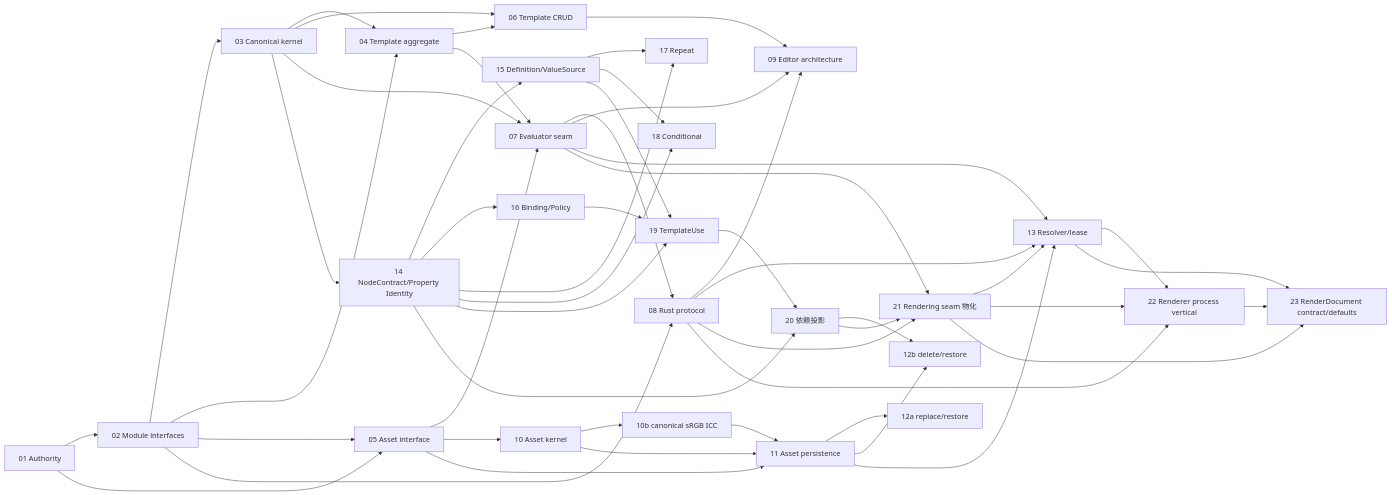
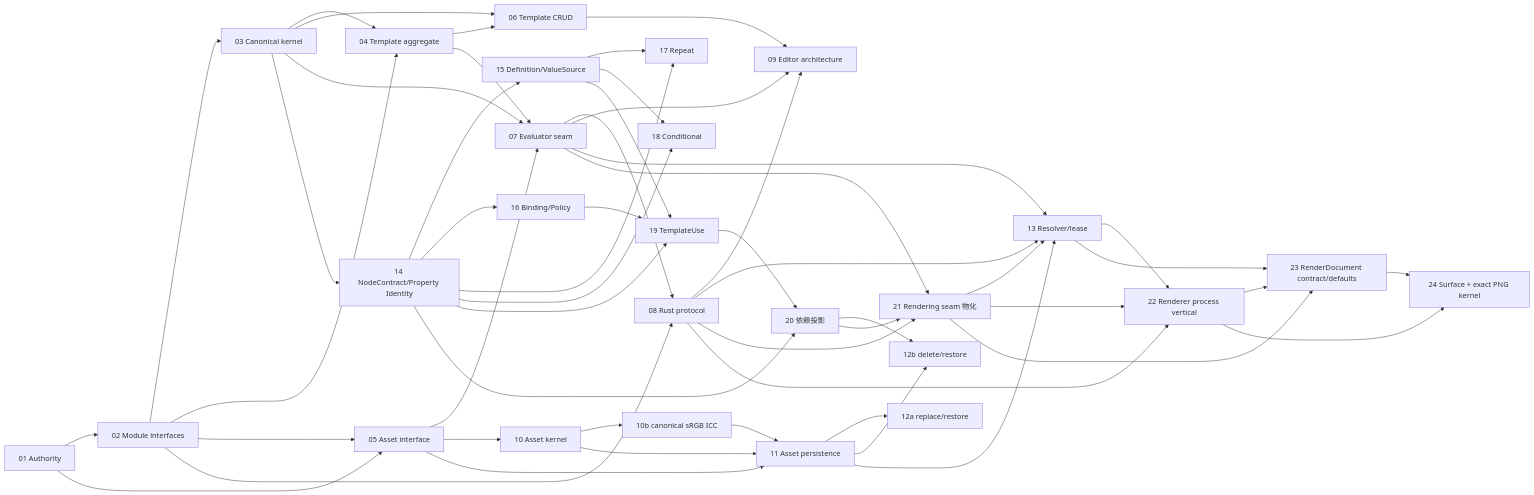
The diagram in plans/renderweave-template-v1-plan.md (yiwer/RenderWeave), drawn with Mermaid before and after one commit. The commit also changed other lines of this file and 13 other files, not shown here.

Commit message:
feat(renderer): add exact PNG output kernel

````diff
--- a/plans/renderweave-template-v1-plan.md
+++ b/plans/renderweave-template-v1-plan.md
@@ -69,52 +71,54 @@
 ```mermaid
 flowchart LR
   T01[01 Authority] --> T02[02 Module interfaces]
   T01 --> T05[05 Asset interface]
   T02 --> T03[03 Canonical kernel]
   T02 --> T04[04 Template aggregate]
   T02 --> T05
   T03 --> T04
   T03 --> T06[06 Template CRUD]
   T04 --> T06
   T03 --> T07[07 Evaluator seam]
   T04 --> T07
   T05 --> T07
   T02 --> T08[08 Rust protocol]
   T07 --> T08
   T06 --> T09[09 Editor architecture]
   T07 --> T09
   T08 --> T09
   T05 --> T10[10 Asset kernel]
   T05 --> T11[11 Asset persistence]
   T10 --> T10b[10b canonical sRGB ICC]
   T10 --> T11
   T10b --> T11
   T11 --> T12a[12a replace/restore]
   T11 --> T12b[12b delete/restore]
   T11 --> T13[13 Resolver/lease]
   T07 --> T13
   T08 --> T13
   T03 --> T14[14 NodeContract/Property Identity]
   T14 --> T15[15 Definition/ValueSource]
   T14 --> T16[16 Binding/Policy]
   T14 --> T17[17 Repeat]
   T14 --> T18[18 Conditional]
   T15 --> T17
   T15 --> T18
   T14 --> T19[19 TemplateUse]
   T15 --> T19
   T16 --> T19
   T14 --> T20[20 依赖投影]
   T19 --> T20
   T20 --> T12b
   T07 --> T21[21 Rendering seam 物化]
   T08 --> T21
   T20 --> T21
   T21 --> T13
   T08 --> T22[22 Renderer process vertical]
   T13 --> T22
   T21 --> T22
   T13 --> T23[23 RenderDocument contract/defaults]
   T21 --> T23
   T22 --> T23
+  T22 --> T24[24 Surface + exact PNG kernel]
+  T23 --> T24
 ```
````
